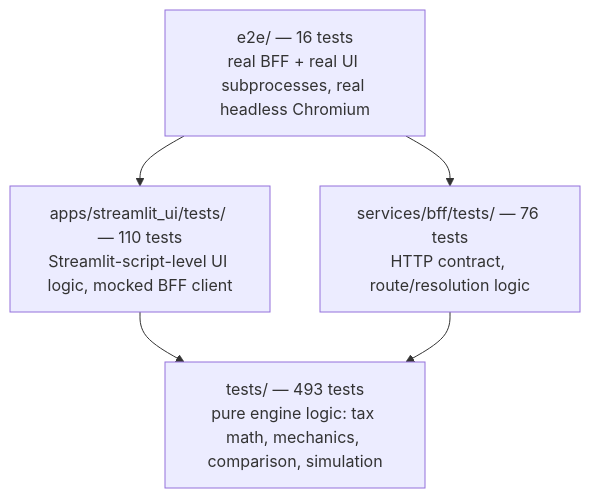
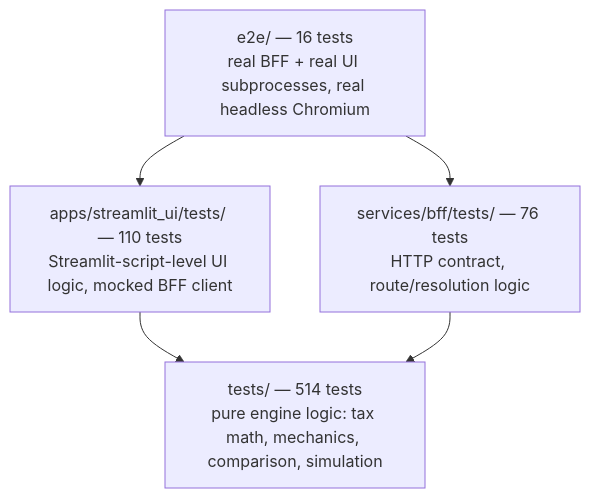
The seventh of 7 diagrams in docs/SOLUTION_ARCHITECTURE.md (muirjc/retirement-planner), drawn with Mermaid before and after one commit. The commit also changed other lines of this file and 20 other files, not shown here.

````diff
--- a/docs/SOLUTION_ARCHITECTURE.md
+++ b/docs/SOLUTION_ARCHITECTURE.md
@@ -265,12 +265,12 @@
 ```mermaid
 graph TD
     E2E["e2e/ — 16 tests<br/>real BFF + real UI subprocesses, real headless Chromium"]
     UI["apps/streamlit_ui/tests/ — 110 tests<br/>Streamlit-script-level UI logic, mocked BFF client"]
     BFF["services/bff/tests/ — 76 tests<br/>HTTP contract, route/resolution logic"]
-    CORE["tests/ — 493 tests<br/>pure engine logic: tax math, mechanics, comparison, simulation"]
+    CORE["tests/ — 514 tests<br/>pure engine logic: tax math, mechanics, comparison, simulation"]
 
     E2E --> UI
     E2E --> BFF
     UI --> CORE
     BFF --> CORE
 ```
````
